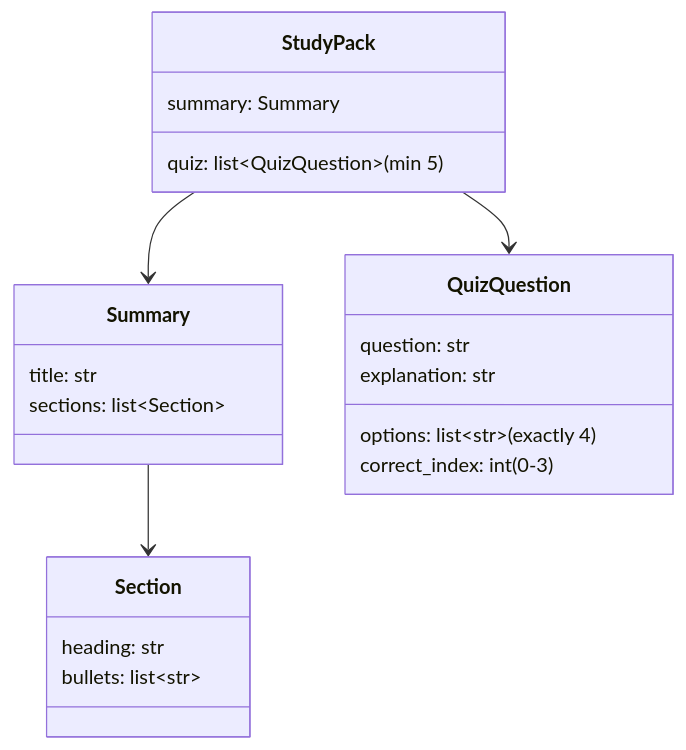
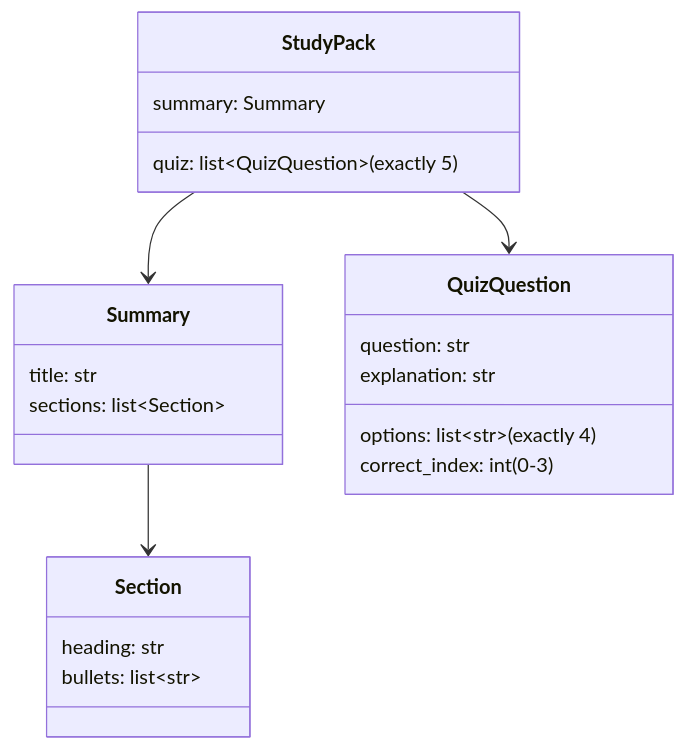
One commit to IBE160-2026/G65-ibrahim changed the second of 4 diagrams in _bmad-output/planning-artifacts/architecture/architecture-G65-ibrahim-2026-11-16/ARCHITECTURE-SPINE.md. Above: the diagram before and after it, drawn with Mermaid. The commit also changed other lines of this file and 14 other files, not shown here.

````diff
--- a/_bmad-output/planning-artifacts/architecture/architecture-G65-ibrahim-2026-11-16/ARCHITECTURE-SPINE.md
+++ b/_bmad-output/planning-artifacts/architecture/architecture-G65-ibrahim-2026-11-16/ARCHITECTURE-SPINE.md
@@ -70,24 +80,24 @@
 ```mermaid
 classDiagram
     class StudyPack {
       summary: Summary
-      quiz: list~QuizQuestion~  (min 5)
+      quiz: list~QuizQuestion~  (exactly 5)
     }
     class Summary {
       title: str
       sections: list~Section~
     }
     class Section {
       heading: str
       bullets: list~str~
     }
     class QuizQuestion {
       question: str
       options: list~str~  (exactly 4)
       correct_index: int  (0-3)
       explanation: str
     }
     StudyPack --> Summary
     Summary --> Section
     StudyPack --> QuizQuestion
 ```
````
